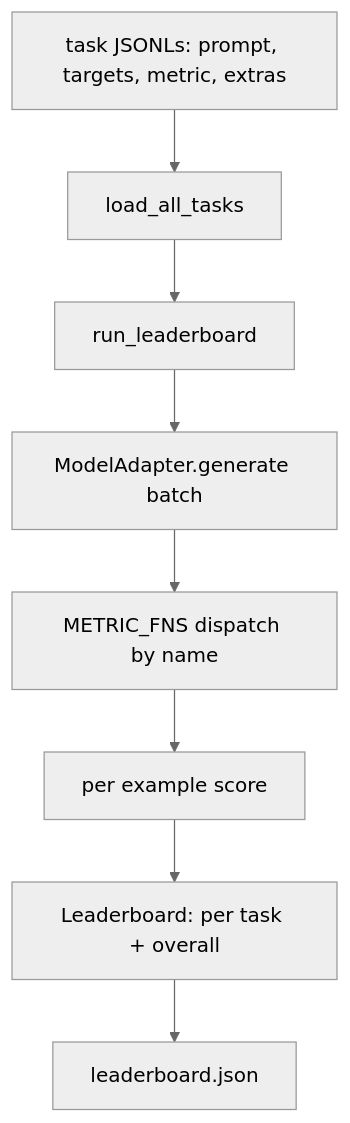
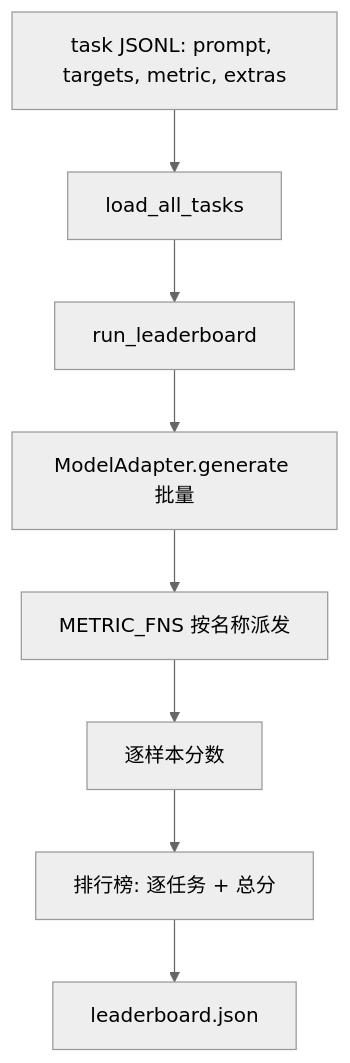
One commit to alessandrodinisio-ai/ai-engineering-learning-framework changed the first of 2 diagrams in phases/19-capstone-projects/49-lm-eval-harness/docs/zh.md. Above: the diagram before and after it, drawn with Mermaid (neutral theme). The commit also changed other lines of this file and 120 other files, not shown here.

First line of the commit message:
i18n(mermaid): 337 个 mermaid 图表标签中文化

````diff
--- a/phases/19-capstone-projects/49-lm-eval-harness/docs/zh.md
+++ b/phases/19-capstone-projects/49-lm-eval-harness/docs/zh.md
@@ -27,10 +27,10 @@
 ```mermaid
 flowchart TD
-  tasks[task JSONLs: prompt, targets, metric, extras] --> loader[load_all_tasks]
+  tasks[task JSONL: prompt, targets, metric, extras] --> loader[load_all_tasks]
   loader --> runner[run_leaderboard]
-  runner --> adapter[ModelAdapter.generate batch]
-  adapter --> metrics[METRIC_FNS dispatch by name]
-  metrics --> scores[per example score]
-  scores --> board[Leaderboard: per task + overall]
+  runner --> adapter[ModelAdapter.generate 批量]
+  adapter --> metrics[METRIC_FNS 按名称派发]
+  metrics --> scores[逐样本分数]
+  scores --> board[排行榜: 逐任务 + 总分]
   board --> out[leaderboard.json]
 ```
````
